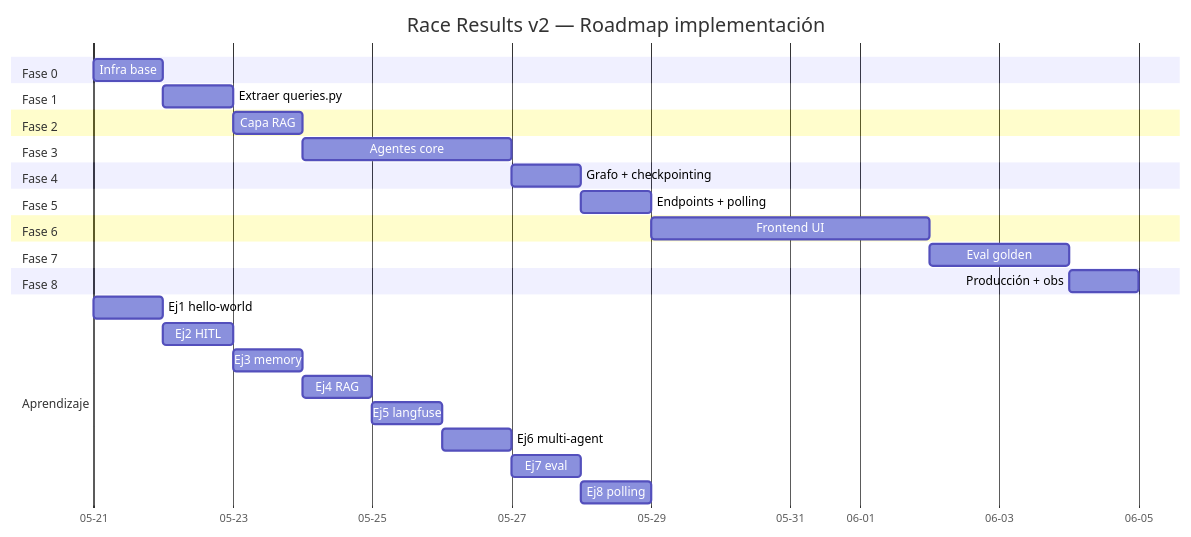
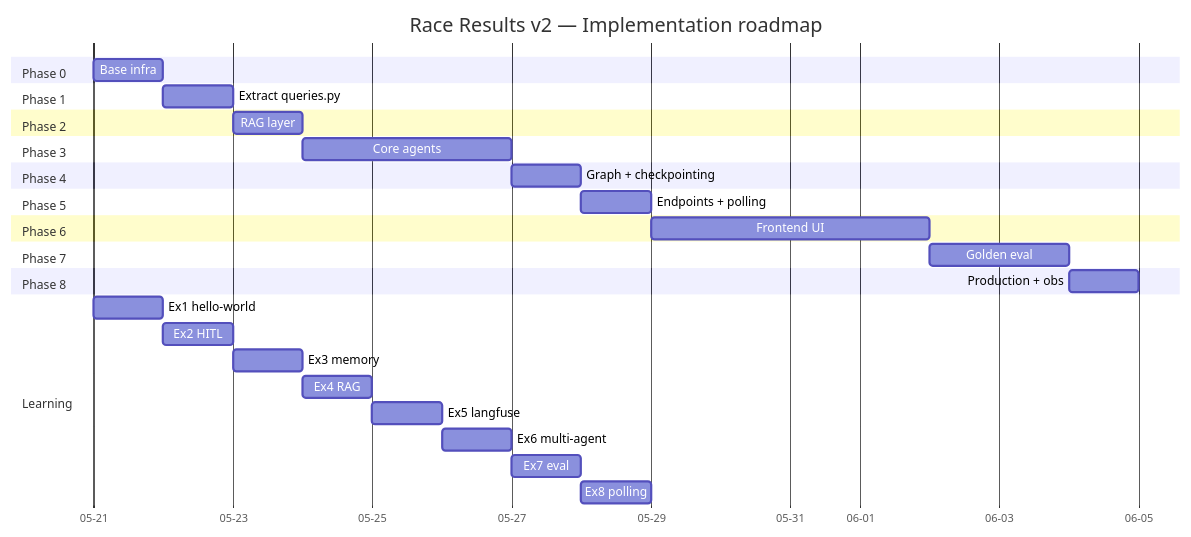
The first of 3 diagrams in docs/10-race-results/v2-implementation-workflow.md (Club-Deportivo-Trocha-y-Ruta/mi), drawn with Mermaid before and after one commit. The commit also changed other lines of this file and 65 other files, not shown here.

````diff
--- a/docs/10-race-results/v2-implementation-workflow.md
+++ b/docs/10-race-results/v2-implementation-workflow.md
@@ -51,43 +51,43 @@
 ```mermaid
 gantt
-    title Race Results v2 — Roadmap implementación
+    title Race Results v2 — Implementation roadmap
     dateFormat YYYY-MM-DD
     axisFormat %m-%d
 
-    section Fase 0
-    Infra base                  :f0, 2026-05-21, 0.5d
+    section Phase 0
+    Base infra                  :f0, 2026-05-21, 0.5d
 
-    section Fase 1
-    Extraer queries.py          :f1, after f0, 1d
+    section Phase 1
+    Extract queries.py          :f1, after f0, 1d
 
-    section Fase 2
-    Capa RAG                    :f2, after f1, 1d
+    section Phase 2
+    RAG layer                   :f2, after f1, 1d
 
-    section Fase 3
-    Agentes core                :f3, after f2, 3d
+    section Phase 3
+    Core agents                 :f3, after f2, 3d
 
-    section Fase 4
-    Grafo + checkpointing       :f4, after f3, 1d
+    section Phase 4
+    Graph + checkpointing       :f4, after f3, 1d
 
-    section Fase 5
+    section Phase 5
     Endpoints + polling         :f5, after f4, 0.5d
 
-    section Fase 6
+    section Phase 6
     Frontend UI                 :f6, after f5, 4d
 
-    section Fase 7
-    Eval golden                 :f7, after f6, 2d
+    section Phase 7
+    Golden eval                 :f7, after f6, 2d
 
-    section Fase 8
-    Producción + obs            :f8, after f7, 1d
+    section Phase 8
+    Production + obs            :f8, after f7, 1d
 
-    section Aprendizaje
-    Ej1 hello-world             :ex1, 2026-05-21, 1d
-    Ej2 HITL                    :ex2, after ex1, 1d
-    Ej3 memory                  :ex3, after ex2, 1d
-    Ej4 RAG                     :ex4, after ex3, 1d
-    Ej5 langfuse                :ex5, after ex4, 1d
-    Ej6 multi-agent             :ex6, after ex5, 1d
-    Ej7 eval                    :ex7, after ex6, 1d
-    Ej8 polling                 :ex8, after ex7, 0.5d
+    section Learning
+    Ex1 hello-world             :ex1, 2026-05-21, 1d
+    Ex2 HITL                    :ex2, after ex1, 1d
+    Ex3 memory                  :ex3, after ex2, 1d
+    Ex4 RAG                     :ex4, after ex3, 1d
+    Ex5 langfuse                :ex5, after ex4, 1d
+    Ex6 multi-agent             :ex6, after ex5, 1d
+    Ex7 eval                    :ex7, after ex6, 1d
+    Ex8 polling                 :ex8, after ex7, 0.5d
 ```
````
